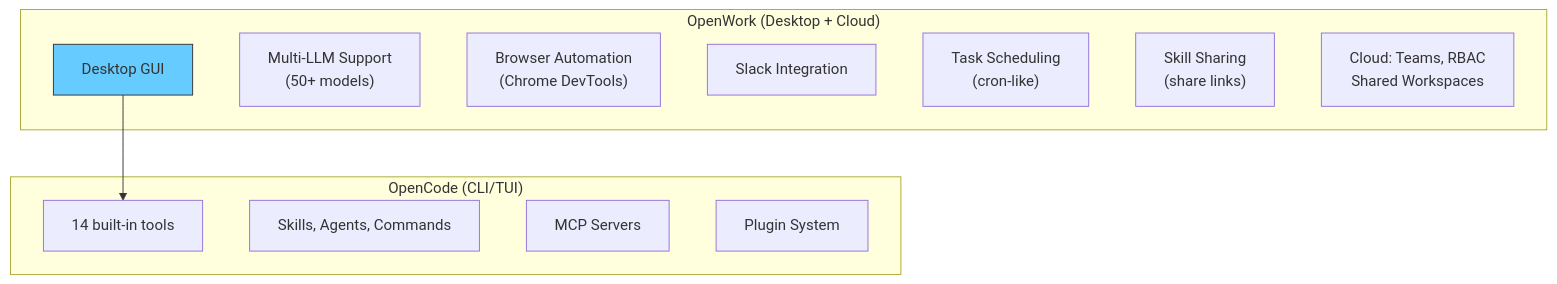
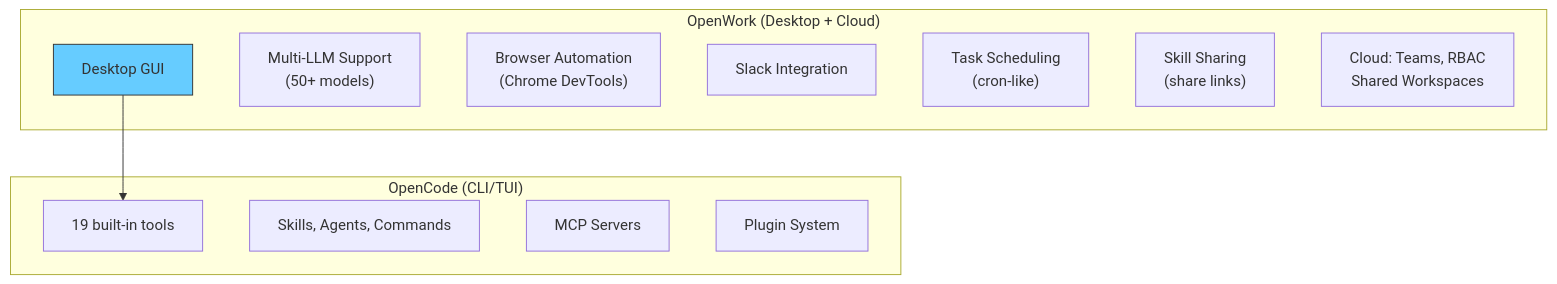
One commit to dxvidparham/opencode-primer changed the first of 3 diagrams in 10-openwork/README.md. Above: the diagram before and after it, drawn with Mermaid. The commit also changed 12 other files, not shown here.

````diff
--- a/10-openwork/README.md
+++ b/10-openwork/README.md
@@ -45,21 +45,21 @@
 ```mermaid
 flowchart TD
   subgraph "OpenCode (CLI/TUI)"
-    A["14 built-in tools"]
+    A["19 built-in tools"]
     B["Skills, Agents, Commands"]
     C["MCP Servers"]
     D["Plugin System"]
   end
 
   subgraph "OpenWork (Desktop + Cloud)"
     E["Desktop GUI"] --> A
     F["Multi-LLM Support\n(50+ models)"]
     G["Browser Automation\n(Chrome DevTools)"]
     H["Slack Integration"]
     I["Task Scheduling\n(cron-like)"]
     J["Skill Sharing\n(share links)"]
     K["Cloud: Teams, RBAC\nShared Workspaces"]
   end
 
   style E fill:#6cf,stroke:#333
 ```
````
